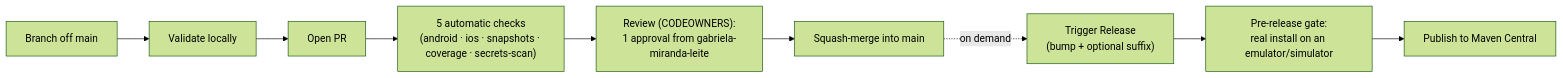
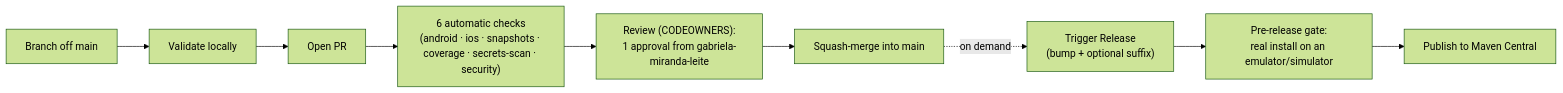
The diagram in docs/development-workflow.md (gabriela-miranda-leite/bugsy), drawn with Mermaid (forest theme) before and after one commit. The commit also changed other lines of this file and 3 other files, not shown here.

````diff
--- a/docs/development-workflow.md
+++ b/docs/development-workflow.md
@@ -10,11 +10,11 @@
 ```mermaid
 flowchart LR
     A["Branch off main"] --> B["Validate locally"]
     B --> C["Open PR"]
-    C --> D["5 automatic checks\n(android · ios · snapshots · coverage · secrets-scan)"]
+    C --> D["6 automatic checks\n(android · ios · snapshots · coverage · secrets-scan · security)"]
     D --> E["Review (CODEOWNERS):\n1 approval from gabriela-miranda-leite"]
     E --> F["Squash-merge into main"]
     F -.->|"on demand"| G["Trigger Release\n(bump + optional suffix)"]
     G --> H["Pre-release gate:\nreal install on an emulator/simulator"]
     H --> I["Publish to Maven Central"]
 ```
````
